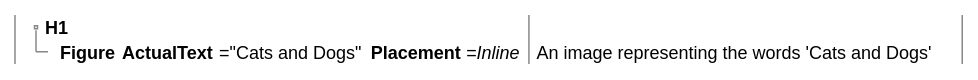
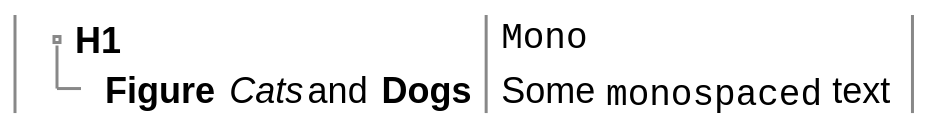
The first of 2 diagrams in testing-figures.adoc (petervwyatt/mn-playground), drawn with PlantUML before and after one commit.

Commit message:
Test fonts and scaling with PlantUML

```diff
--- a/testing-figures.adoc
+++ b/testing-figures.adoc
@@ -6,13 +6,13 @@
 [plantuml,target="PlantUMLTest",format=svg,alt=Plantuml attribute alt text]
 ....
 @startsalt
+scale 2
 skinparam lengthAdjust none
-skinparam defaultFontName "Source Sans 3"
 {
   {T!
-    ++ <b>H1</b> | .
-    +++ <b>Figure</b> <b>ActualText</b>="Cats and Dogs" <b>Placement</b>=<i>Inline</i> | An image representing the words 'Cats and Dogs' 
+    ++ <b>H1</b> | <font:monospaced>Mono</font>
+    +++ <b>Figure</b> //Cats// and **Dogs** | Some ""monospaced"" text 
   }
 }
 @endsalt
 ....
```
